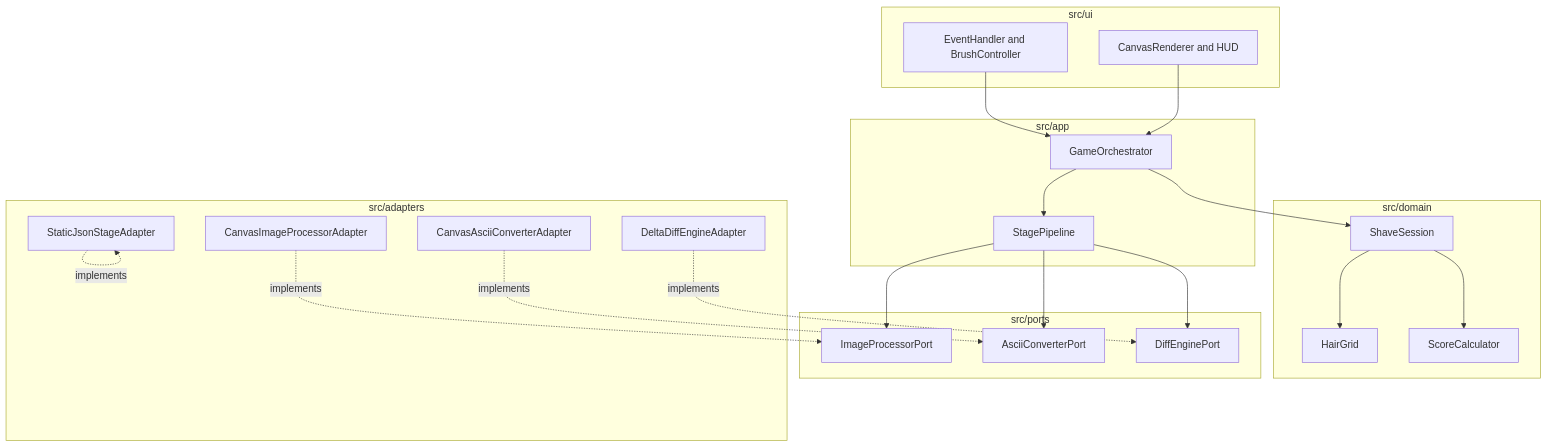
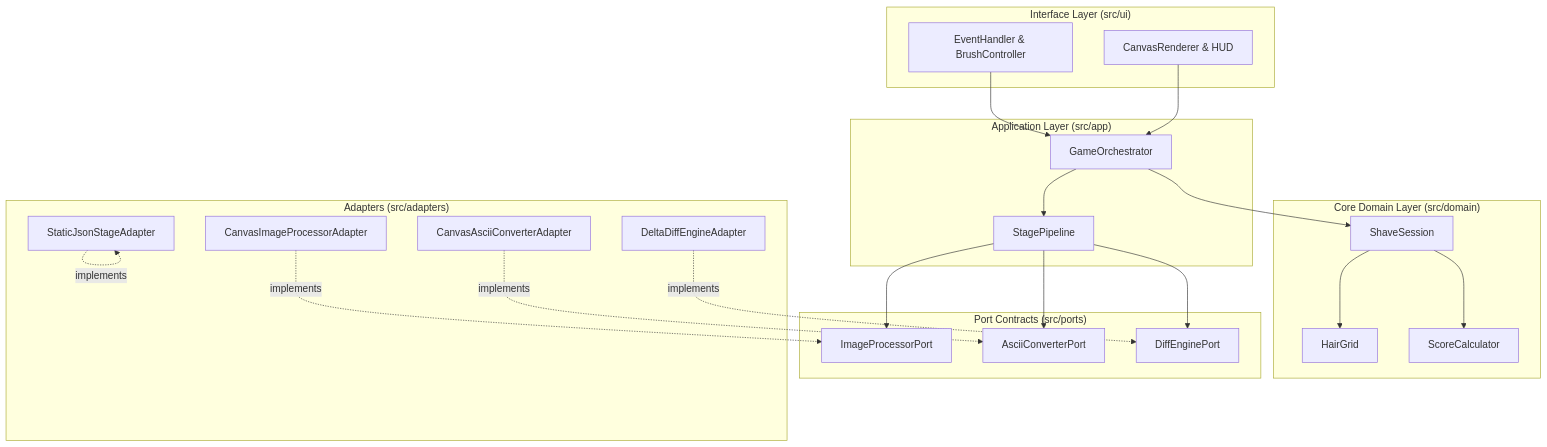
Before and after one commit to ClarusIubar/shaving_him: the diagram in docs/wiki/Home.md, drawn with Mermaid. The commit also changed 1 other file, not shown here.

Commit message:
fix(wiki): fix Mermaid diagram syntax in Implemented-Architecture-Decision-Matrix and Home docs

````diff
--- a/docs/wiki/Home.md
+++ b/docs/wiki/Home.md
@@ -47,45 +47,45 @@
 ```mermaid
 flowchart TD
-  subgraph Interface Layer [src/ui]
-    UI["CanvasRenderer and HUD"]
-    Events["EventHandler and BrushController"]
+  subgraph InterfaceLayer ["Interface Layer (src/ui)"]
+    UI["CanvasRenderer & HUD"]
+    Events["EventHandler & BrushController"]
   end
 
-  subgraph Application Layer [src/app]
+  subgraph ApplicationLayer ["Application Layer (src/app)"]
     Orchestrator["GameOrchestrator"]
     Pipeline["StagePipeline"]
   end
 
-  subgraph Core Domain Layer [src/domain]
+  subgraph DomainLayer ["Core Domain Layer (src/domain)"]
     Session["ShaveSession"]
     Grid["HairGrid"]
     Score["ScoreCalculator"]
   end
 
-  subgraph Port Contracts [src/ports]
+  subgraph PortLayer ["Port Contracts (src/ports)"]
     ImgPort["ImageProcessorPort"]
     AsciiPort["AsciiConverterPort"]
     DiffPort["DiffEnginePort"]
   end
 
-  subgraph Adapters [src/adapters]
+  subgraph AdapterLayer ["Adapters (src/adapters)"]
     ImgAdap["CanvasImageProcessorAdapter"]
     AsciiAdap["CanvasAsciiConverterAdapter"]
     DiffAdap["DeltaDiffEngineAdapter"]
     JsonAdap["StaticJsonStageAdapter"]
   end
 
   Events --> Orchestrator
   UI --> Orchestrator
   Orchestrator --> Session
   Session --> Grid
   Session --> Score
   Orchestrator --> Pipeline
   Pipeline --> ImgPort
   Pipeline --> AsciiPort
   Pipeline --> DiffPort
   ImgAdap -. implements .-> ImgPort
   AsciiAdap -. implements .-> AsciiPort
   DiffAdap -. implements .-> DiffPort
   JsonAdap -. implements .-> JsonAdap
 ```
````
